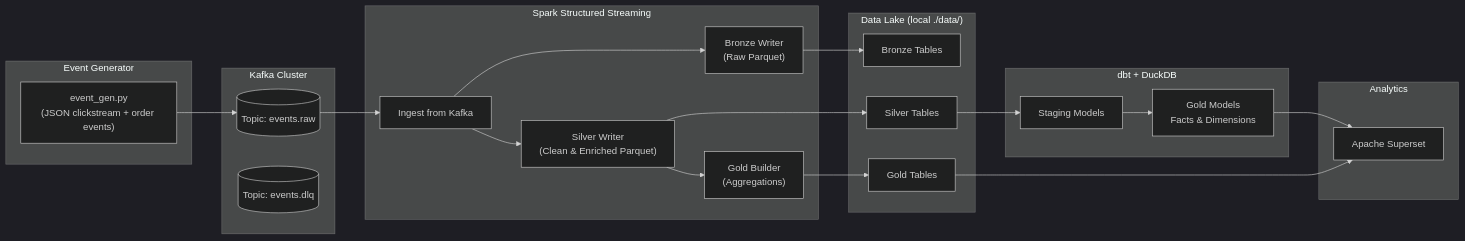
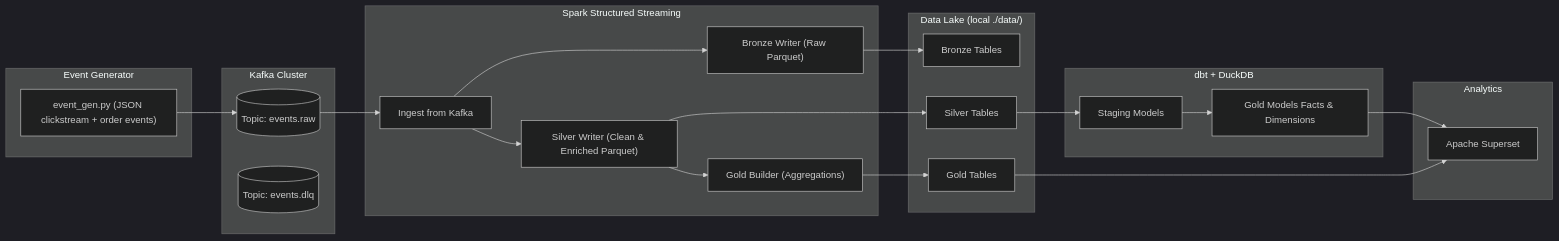
The diagram in README.md (rahulkujur11/e-commerce-clickstream-orders), drawn with Mermaid (dark theme) before and after one commit. The commit also changed 1 other file, not shown here.

````diff
--- a/README.md
+++ b/README.md
@@ -11,42 +11,42 @@
 ```mermaid
 flowchart LR
   subgraph Generator["Event Generator"]
-    E1["event_gen.py\n(JSON clickstream + order events)"]
+    E1["event_gen.py (JSON clickstream + order events)"]
   end
 
   subgraph Kafka["Kafka Cluster"]
     T1[("Topic: events.raw")]
     DLQ[("Topic: events.dlq")]
   end
 
   subgraph Spark["Spark Structured Streaming"]
     S1["Ingest from Kafka"]
-    S2["Bronze Writer\n(Raw Parquet)"]
-    S3["Silver Writer\n(Clean & Enriched Parquet)"]
-    S4["Gold Builder\n(Aggregations)"]
+    S2["Bronze Writer (Raw Parquet)"]
+    S3["Silver Writer (Clean & Enriched Parquet)"]
+    S4["Gold Builder (Aggregations)"]
   end
 
   subgraph Storage["Data Lake (local ./data/)"]
     B["Bronze Tables"]
     Si["Silver Tables"]
     Go["Gold Tables"]
   end
 
   subgraph dbt["dbt + DuckDB"]
     D1["Staging Models"]
-    D2["Gold Models\nFacts & Dimensions"]
+    D2["Gold Models Facts & Dimensions"]
   end
 
   subgraph BI["Analytics"]
     Sup["Apache Superset"]
   end
 
   E1 --> T1
   T1 --> S1
   S1 --> S2 & S3
   S2 --> B
   S3 --> Si
   S3 --> S4 --> Go
   Si --> D1 --> D2 --> Sup
   Go --> Sup
 ```
````
